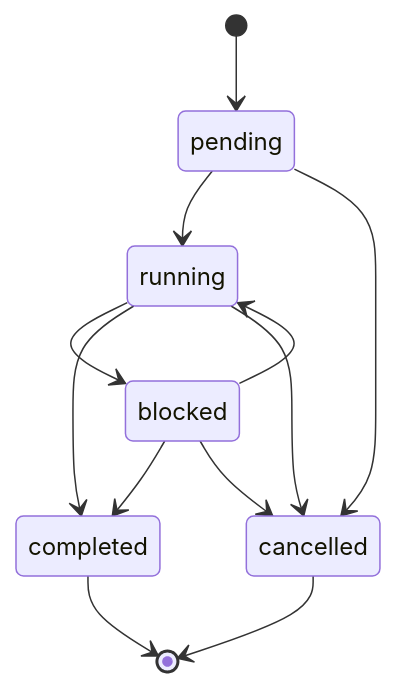
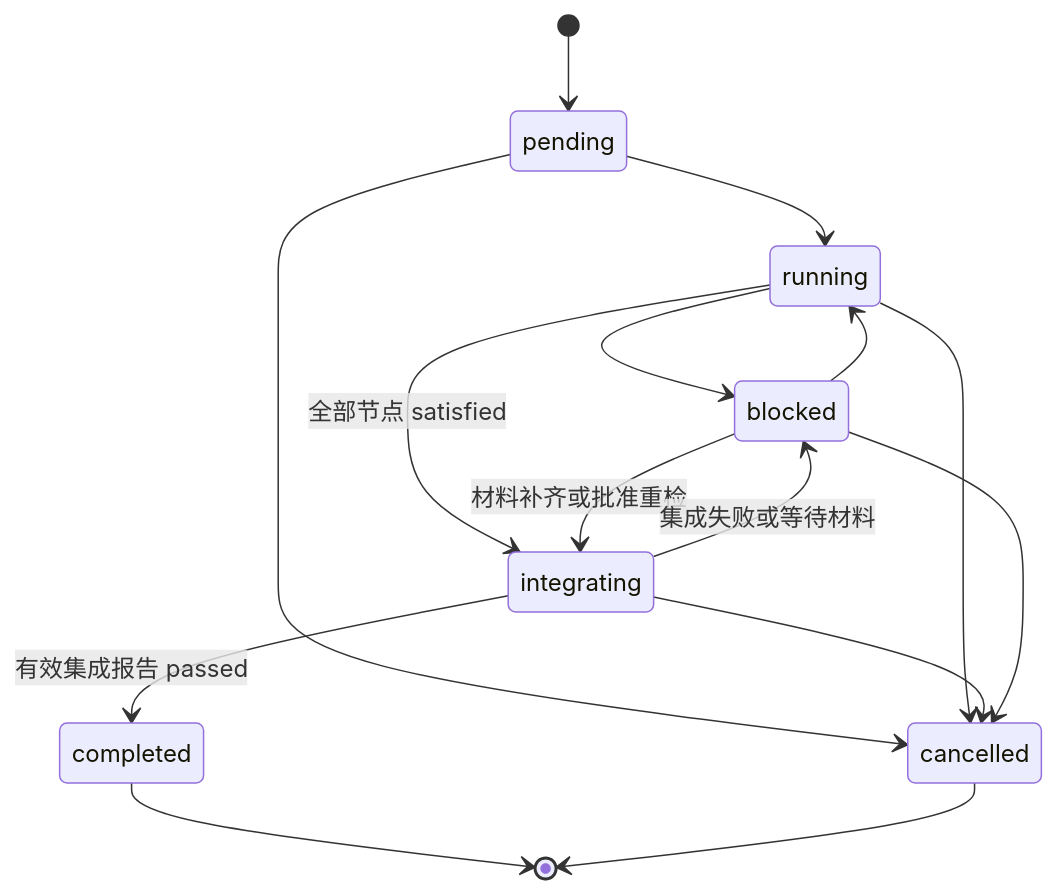
One commit to LingMessy/facetloom changed the third of 5 diagrams in design/02-requirement.md. Above: the diagram before and after it, drawn with Mermaid. The commit also changed other lines of this file and 9 other files, not shown here.

````diff
--- a/design/02-requirement.md
+++ b/design/02-requirement.md
@@ -210,14 +214,17 @@
 ```mermaid
 stateDiagram-v2
     [*] --> pending
     pending --> running
     pending --> cancelled
     running --> blocked
-    running --> completed
+    running --> integrating: 全部节点 satisfied
     running --> cancelled
     blocked --> running
-    blocked --> completed
+    blocked --> integrating: 材料补齐或批准重检
+    integrating --> blocked: 集成失败或等待材料
+    integrating --> completed: 有效集成报告 passed
+    integrating --> cancelled
     blocked --> cancelled
     completed --> [*]
     cancelled --> [*]
 ```
````
